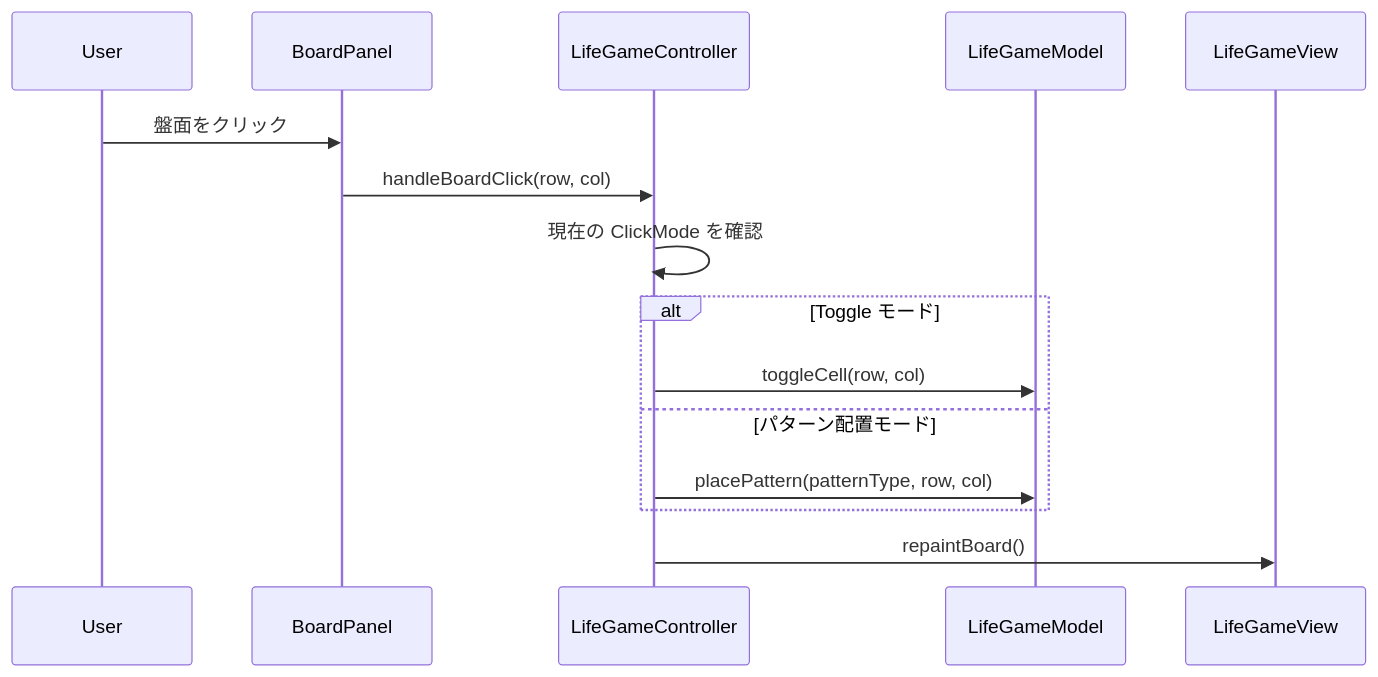
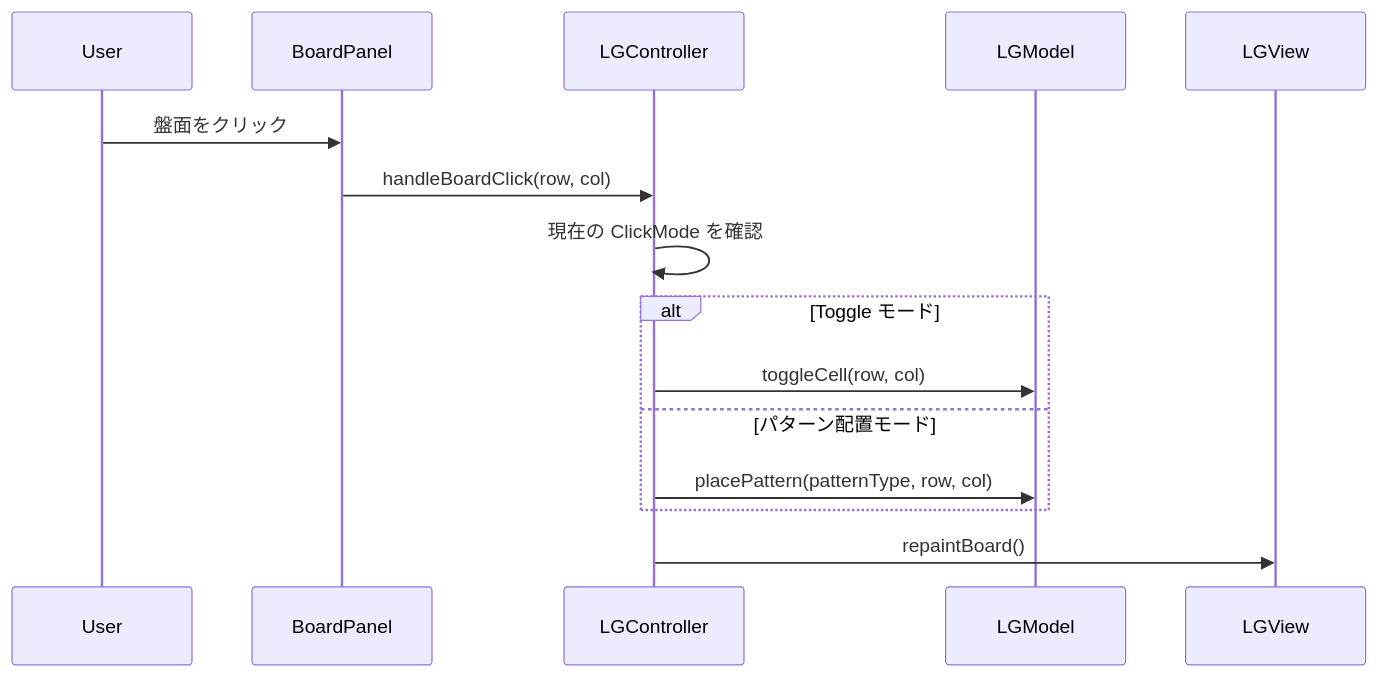
The second of 4 diagrams in README.md (mkunori/LifeGame), drawn with Mermaid before and after one commit. The commit also changed other lines of this file and 7 other files, not shown here.

````diff
--- a/README.md
+++ b/README.md
@@ -128,20 +128,20 @@
 ```mermaid
 sequenceDiagram
     participant User
     participant BoardPanel
-    participant LifeGameController
-    participant LifeGameModel
-    participant LifeGameView
+    participant LGController
+    participant LGModel
+    participant LGView
 
     User->>BoardPanel: 盤面をクリック
-    BoardPanel->>LifeGameController: handleBoardClick(row, col)
-    LifeGameController->>LifeGameController: 現在の ClickMode を確認
+    BoardPanel->>LGController: handleBoardClick(row, col)
+    LGController->>LGController: 現在の ClickMode を確認
 
     alt Toggle モード
-        LifeGameController->>LifeGameModel: toggleCell(row, col)
+        LGController->>LGModel: toggleCell(row, col)
     else パターン配置モード
-        LifeGameController->>LifeGameModel: placePattern(patternType, row, col)
+        LGController->>LGModel: placePattern(patternType, row, col)
     end
 
-    LifeGameController->>LifeGameView: repaintBoard()
+    LGController->>LGView: repaintBoard()
 ```
````
